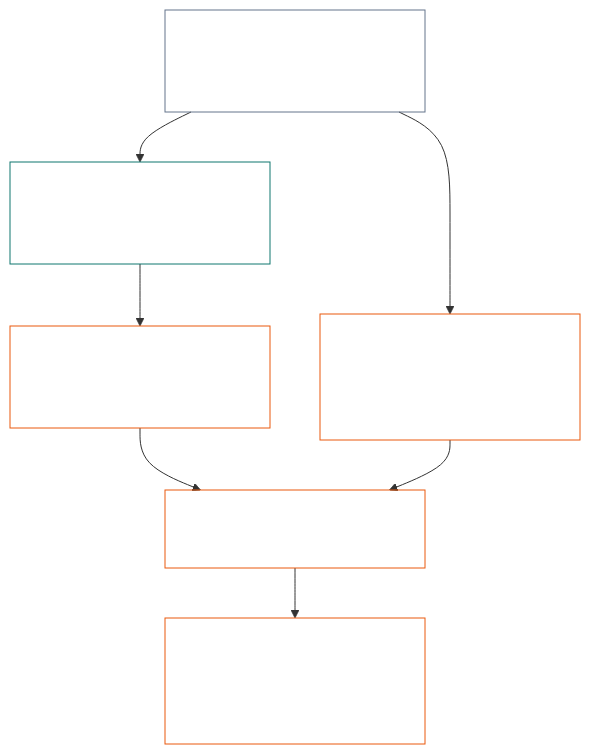
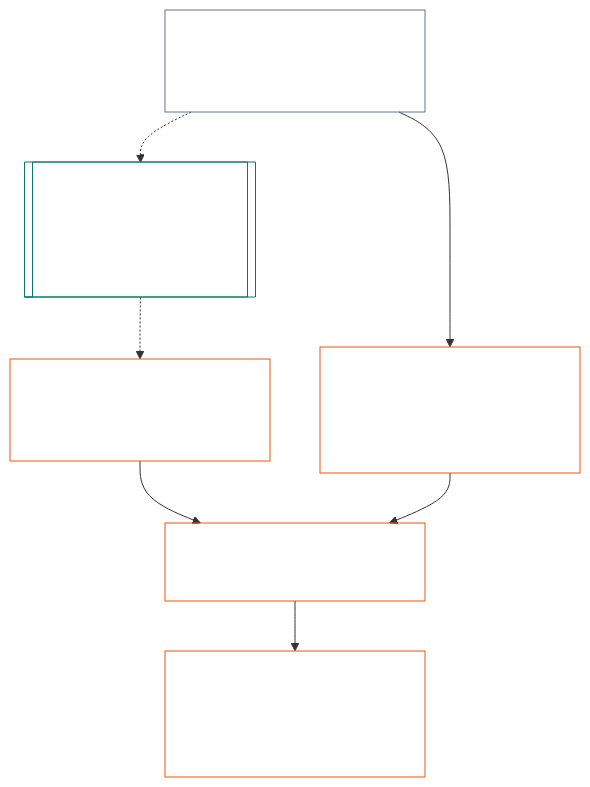
Before and after one commit to kfoelsch/Sentient_Constitution: the diagram in core_12_forum.md, drawn with Mermaid. The commit also changed other lines of this file and 62 other files, not shown here.

````diff
--- a/core_12_forum.md
+++ b/core_12_forum.md
@@ -91,21 +91,21 @@
 ```mermaid
-flowchart TD
+flowchart TB
   dispute[Ordinary dispute in an already-authorized system]
-  challengePath[Published Stakeholder System Participation challenge path]
+  challengePath[["Published Stakeholder System Participation challenge path<br/><br/>Outside this chapter"]]
   stillOpen["Still contested, missing, captured, or cannot grant relief"]
-  ch11[Chapter Twelve routes by primary stake]
+  route[Chapter Twelve routes by primary stake]
   lead["Lead family: Sentient, Technical, Institutional, Environment, Integrity, or Constitutional"]
   direct["Direct access if delay endangers rights, evidence, independence, or restoration"]
-  dispute --> challengePath
-  challengePath --> stillOpen
-  stillOpen --> ch11
-  ch11 --> lead
+  dispute -.-> challengePath
+  challengePath -.-> stillOpen
+  stillOpen --> route
+  route --> lead
   dispute --> direct
-  direct --> ch11
+  direct --> route
   style dispute fill:none,stroke:#64748b,color:#ffffff
   style challengePath fill:none,stroke:#0f766e,color:#ffffff
   style stillOpen fill:none,stroke:#ea580c,color:#ffffff
-  style ch11 fill:none,stroke:#ea580c,color:#ffffff
+  style route fill:none,stroke:#ea580c,color:#ffffff
   style lead fill:none,stroke:#ea580c,color:#ffffff
   style direct fill:none,stroke:#ea580c,color:#ffffff
 ```
````
